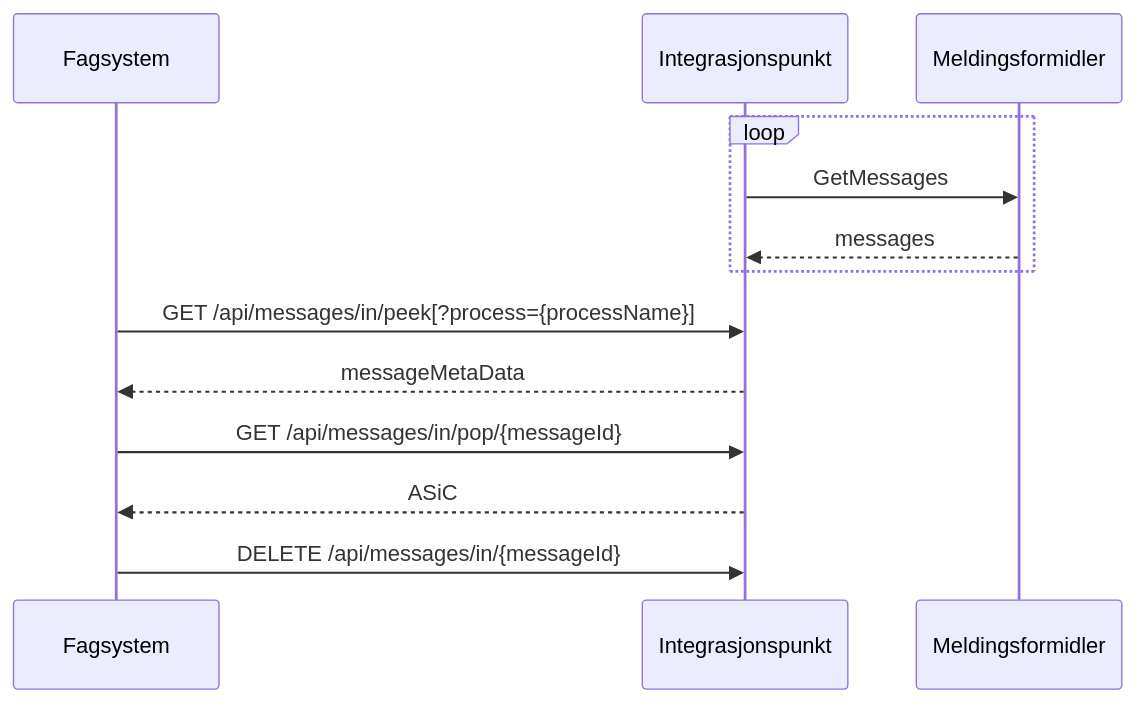
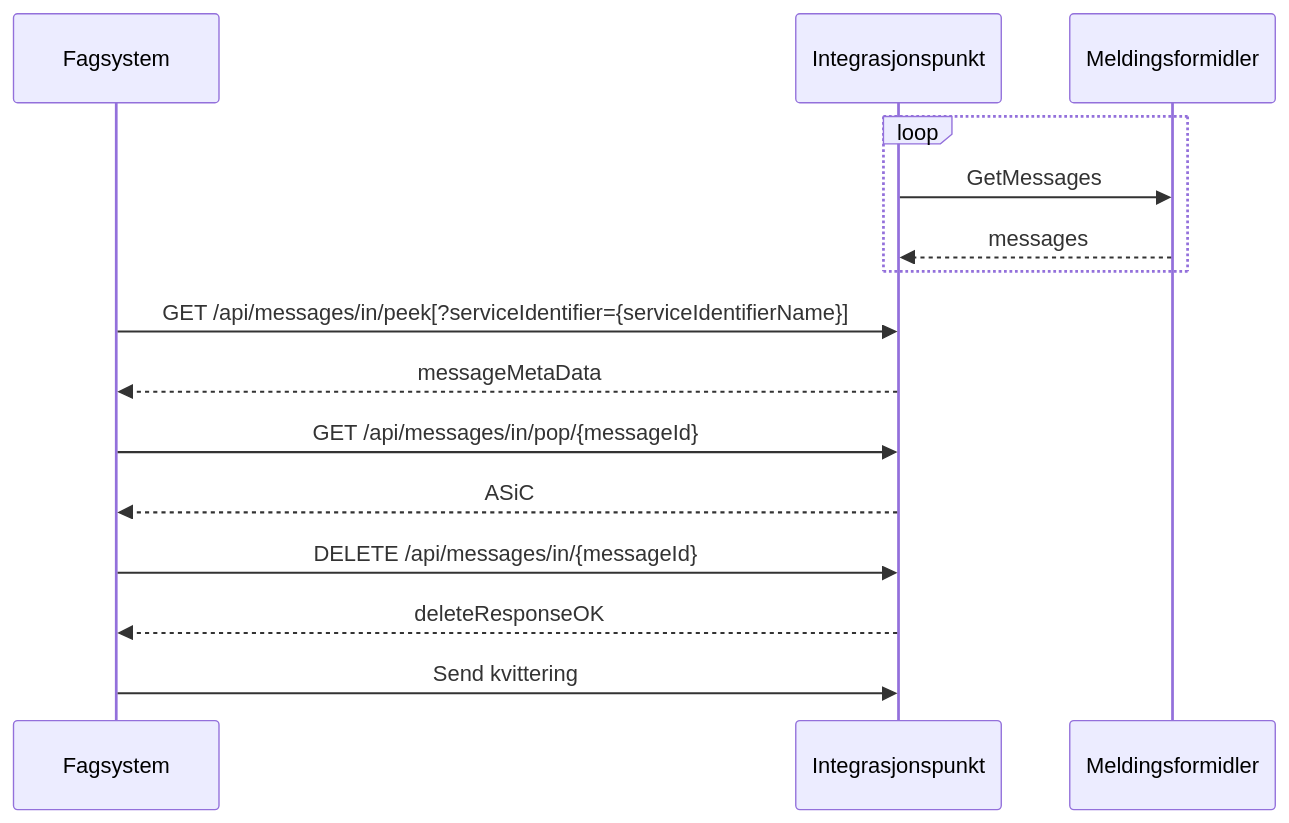
Before and after one commit to felleslosninger/docs: the third of 3 diagrams in _docs/eFormidling/Teknisk_informasjon/meldingsflyt.md, drawn with Mermaid. The commit also changed other lines of this file and 1 other file, not shown here.

```diff
--- a/_docs/eFormidling/Teknisk_informasjon/meldingsflyt.md
+++ b/_docs/eFormidling/Teknisk_informasjon/meldingsflyt.md
@@ -95,19 +96,21 @@
 <div class="mermaid">
 
 sequenceDiagram
     participant fs as Fagsystem
     participant ip as Integrasjonspunkt
     participant mf  as Meldingsformidler
 
     loop
         ip->>mf: GetMessages
         mf-->>ip: messages
     end
     
-    fs->>ip: GET /api/messages/in/peek[?process={processName}]
+    fs->>ip: GET /api/messages/in/peek[?serviceIdentifier={serviceIdentifierName}]
     ip-->>fs: messageMetaData
     fs->>ip: GET /api/messages/in/pop/{messageId}
     ip-->>fs: ASiC
     fs->>ip: DELETE /api/messages/in/{messageId}
+    ip-->>fs: deleteResponseOK
+    fs->>ip: Send kvittering
 
 </div>
```
